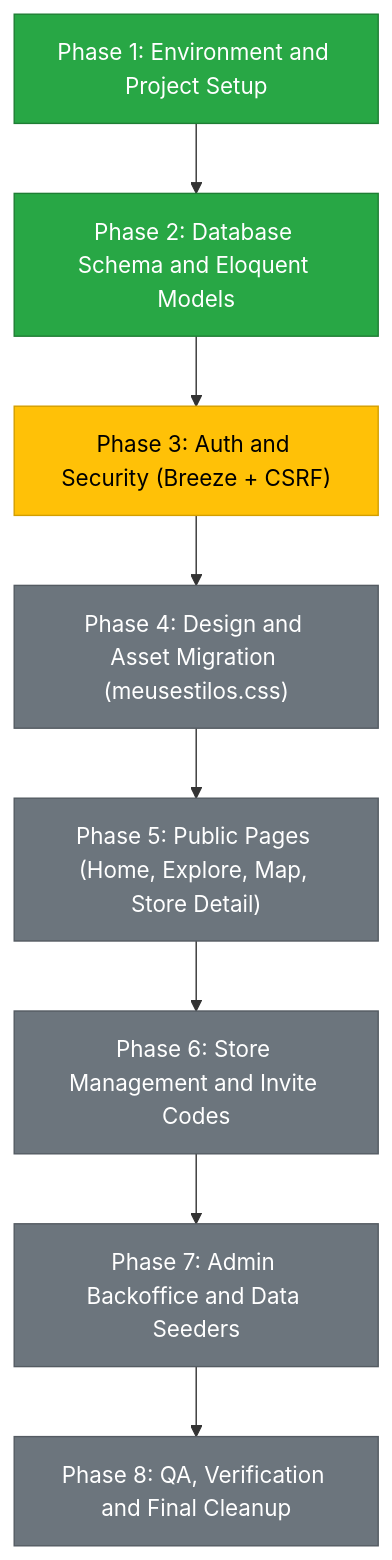
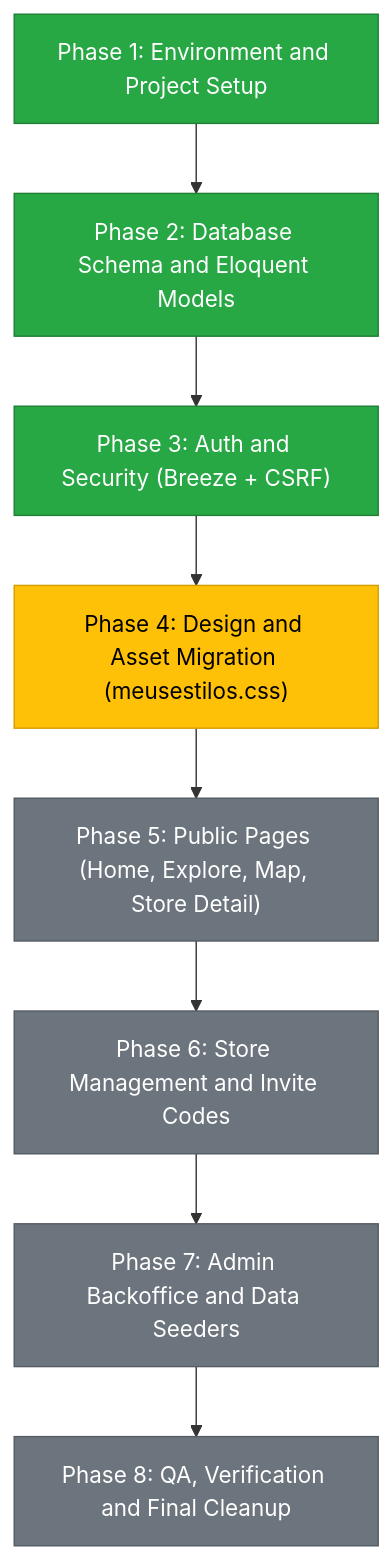
One commit to tiagopina17/C.A.M. changed the diagram in MIGRATION.md. Above: the diagram before and after it, drawn with Mermaid. The commit also changed other lines of this file and 60 other files, not shown here.

Commit message:
feat: complete Phase 3 authentication and security with Laravel Breeze

````diff
--- a/MIGRATION.md
+++ b/MIGRATION.md
@@ -34,14 +34,14 @@
 ```mermaid
 flowchart TD
     D1["Phase 1: Environment and Project Setup"]:::done --> D2["Phase 2: Database Schema and Eloquent Models"]:::done
-    D2 --> D3["Phase 3: Auth and Security (Breeze + CSRF)"]:::active
-    D3 --> D4["Phase 4: Design and Asset Migration (meusestilos.css)"]:::pending
+    D2 --> D3["Phase 3: Auth and Security (Breeze + CSRF)"]:::done
+    D3 --> D4["Phase 4: Design and Asset Migration (meusestilos.css)"]:::active
     D4 --> D5["Phase 5: Public Pages (Home, Explore, Map, Store Detail)"]:::pending
     D5 --> D6["Phase 6: Store Management and Invite Codes"]:::pending
     D6 --> D7["Phase 7: Admin Backoffice and Data Seeders"]:::pending
     D7 --> D8["Phase 8: QA, Verification and Final Cleanup"]:::pending
 
     classDef done fill:#28a745,stroke:#1e7e34,color:white;
     classDef active fill:#ffc107,stroke:#d39e00,color:black;
     classDef pending fill:#6c757d,stroke:#545b62,color:white;
 ```
````
